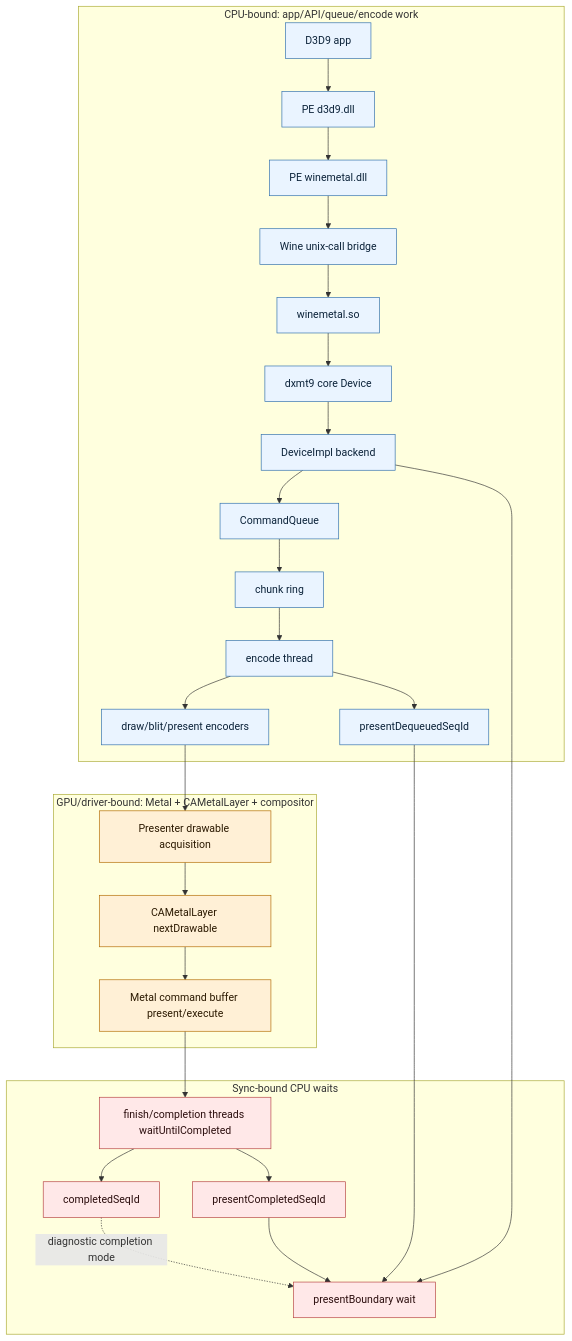
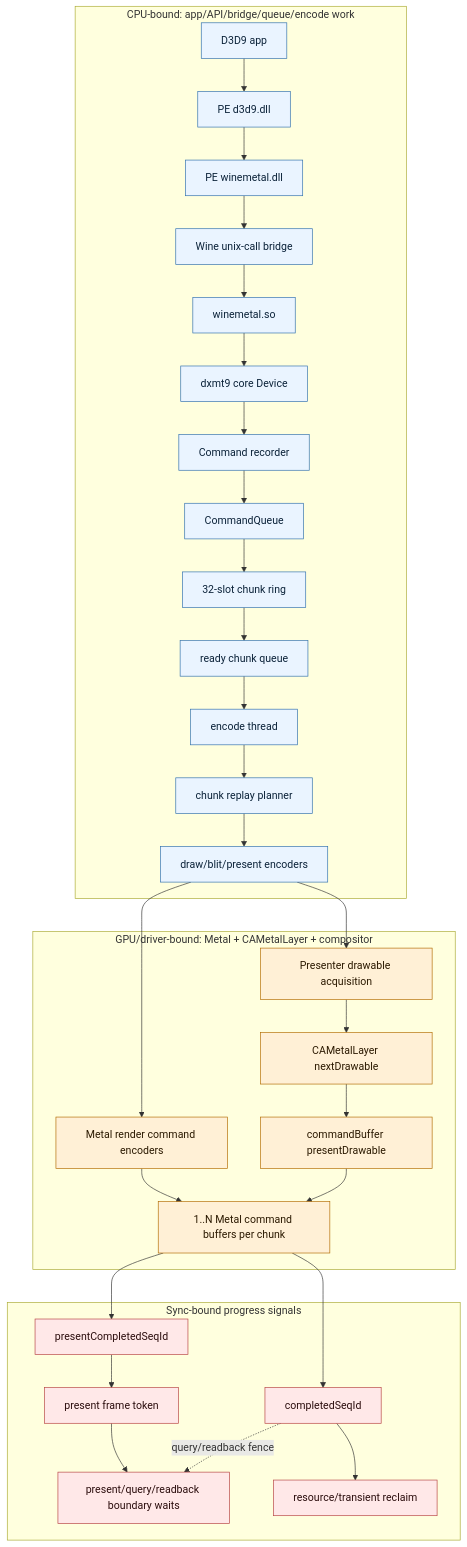
One commit to dfdgsdfg/dxmt9 changed the first of 11 diagrams in docs/perfomance-bottleneck.md. Above: the diagram before and after it, drawn with Mermaid. The commit also changed other lines of this file, not shown here.

````diff
--- a/docs/perfomance-bottleneck.md
+++ b/docs/perfomance-bottleneck.md
@@ -19,46 +32,52 @@
 ```mermaid
 flowchart TD
-  subgraph CPU["CPU-bound: app/API/queue/encode work"]
+  subgraph CPU["CPU-bound: app/API/bridge/queue/encode work"]
     App[D3D9 app]
     D3D9PE[PE d3d9.dll]
     WinemetalPE[PE winemetal.dll]
     UnixCall[Wine unix-call bridge]
     WinemetalSO[winemetal.so]
     Core[dxmt9 core Device]
-    Backend[DeviceImpl backend]
+    Recorder[Command recorder]
     CQ[CommandQueue]
-    ChunkRing[chunk ring]
+    ChunkRing[32-slot chunk ring]
+    Pending[ready chunk queue]
     EncodeThread[encode thread]
+    Replay[chunk replay planner]
     DrawEnc[draw/blit/present encoders]
-    Dequeued[presentDequeuedSeqId]
   end
 
   subgraph GPUDriver["GPU/driver-bound: Metal + CAMetalLayer + compositor"]
+    SubCB[1..N Metal command buffers per chunk]
+    RenderPass[Metal render command encoders]
     Presenter[Presenter drawable acquisition]
     Layer[CAMetalLayer nextDrawable]
-    MetalCB[Metal command buffer present/execute]
+    Present[commandBuffer presentDrawable]
   end
 
-  subgraph Sync["Sync-bound CPU waits"]
-    Finish[finish/completion threads waitUntilCompleted]
-    Boundary[presentBoundary wait]
+  subgraph Sync["Sync-bound progress signals"]
     Completed[completedSeqId]
     PresentCompleted[presentCompletedSeqId]
+    PresentToken[present frame token]
+    Boundary[present/query/readback boundary waits]
+    Reclaim[resource/transient reclaim]
   end
 
-  App --> D3D9PE --> WinemetalPE --> UnixCall --> WinemetalSO --> Core --> Backend --> CQ --> ChunkRing --> EncodeThread --> DrawEnc
-  DrawEnc --> Presenter --> Layer --> MetalCB --> Finish
-  EncodeThread --> Dequeued --> Boundary
-  Backend --> Boundary
-  Finish --> Completed
-  Finish --> PresentCompleted
-  Completed -. diagnostic completion mode .-> Boundary
-  PresentCompleted --> Boundary
+  App --> D3D9PE --> WinemetalPE --> UnixCall --> WinemetalSO --> Core
+  Core --> Recorder --> CQ --> ChunkRing --> Pending --> EncodeThread --> Replay --> DrawEnc
+  DrawEnc --> RenderPass --> SubCB
+  DrawEnc --> Presenter --> Layer --> Present --> SubCB
+  SubCB --> Completed
+  SubCB --> PresentCompleted
+  Completed --> Reclaim
+  PresentCompleted --> PresentToken
+  PresentToken --> Boundary
+  Completed -. query/readback fence .-> Boundary
 
   classDef cpu fill:#eaf4ff,stroke:#2f6fad,color:#0b2239
   classDef gpu fill:#fff0d6,stroke:#b26b00,color:#2b1900
   classDef sync fill:#ffe8e8,stroke:#b64242,color:#2b0d0d
-  class App,D3D9PE,WinemetalPE,UnixCall,WinemetalSO,Core,Backend,CQ,ChunkRing,EncodeThread,DrawEnc,Dequeued cpu
-  class Presenter,Layer,MetalCB gpu
-  class Finish,Boundary,Completed,PresentCompleted sync
+  class App,D3D9PE,WinemetalPE,UnixCall,WinemetalSO,Core,Recorder,CQ,ChunkRing,Pending,EncodeThread,Replay,DrawEnc cpu
+  class SubCB,RenderPass,Presenter,Layer,Present gpu
+  class Completed,PresentCompleted,PresentToken,Boundary,Reclaim sync
 ```
````
